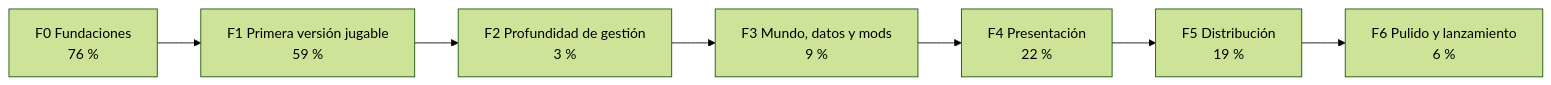
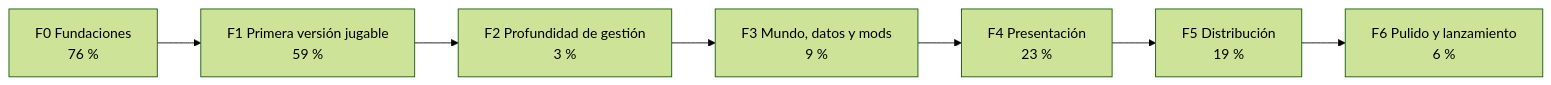
One commit to dariogea/BM27 changed the first of 2 diagrams in README.md. Above: the diagram before and after it, drawn with Mermaid (forest theme). The commit also changed other lines of this file and 10 other files, not shown here.

````diff
--- a/README.md
+++ b/README.md
@@ -91,11 +91,11 @@
 ```mermaid
 flowchart LR
   F0["F0 Fundaciones<br/>76 %"]
   F1["F1 Primera versión jugable<br/>59 %"]
   F2["F2 Profundidad de gestión<br/>3 %"]
   F3["F3 Mundo, datos y mods<br/>9 %"]
-  F4["F4 Presentación<br/>22 %"]
+  F4["F4 Presentación<br/>23 %"]
   F5["F5 Distribución<br/>19 %"]
   F6["F6 Pulido y lanzamiento<br/>6 %"]
   F0 --> F1 --> F2 --> F3 --> F4 --> F5 --> F6
 ```
````
